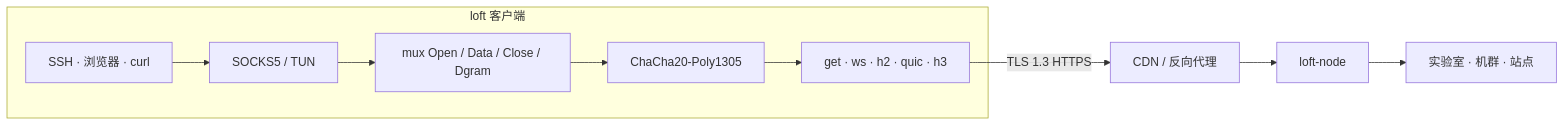
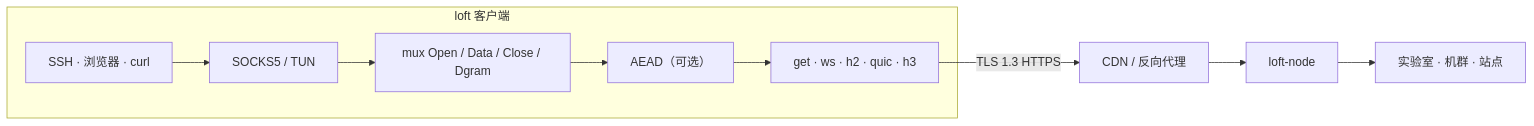
One commit to a3app/loft changed the diagram in README_zh.md. Above: the diagram before and after it, drawn with Mermaid. The commit also changed other lines of this file and 2 other files, not shown here.

````diff
--- a/README_zh.md
+++ b/README_zh.md
@@ -68,12 +72,12 @@
 ```mermaid
 flowchart LR
     subgraph Client["loft 客户端"]
         App["SSH · 浏览器 · curl"] --> In["SOCKS5 / TUN"]
         In --> Mux["mux Open / Data / Close / Dgram"]
-        Mux --> Seal["ChaCha20-Poly1305"]
+        Mux --> Seal["AEAD（可选）"]
         Seal --> Front["get · ws · h2 · quic · h3"]
     end
     Front -->|"TLS 1.3 HTTPS"| Edge["CDN / 反向代理"]
     Edge --> Node["loft-node"]
     Node --> Dest["实验室 · 机群 · 站点"]
 ```
````
